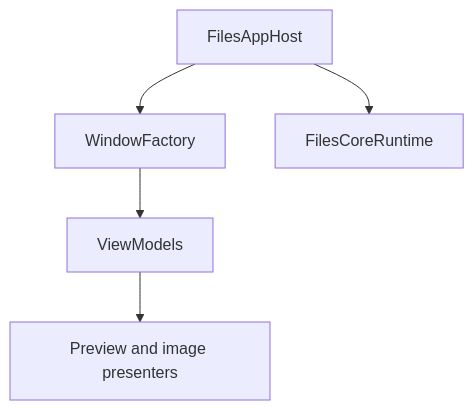
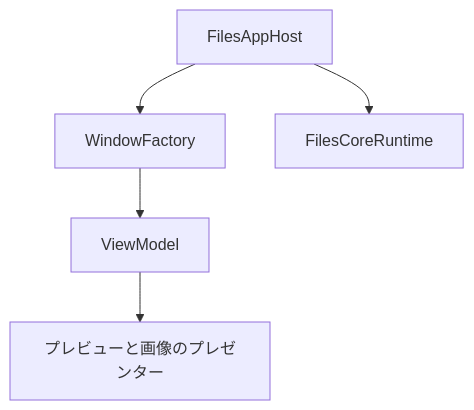
One commit to 0x5bfa/Files changed the eighth of 8 diagrams in docs/architecture/files-app.md. Above: the diagram before and after it, drawn with Mermaid. The commit also changed other lines of this file and 18 other files, not shown here.

Commit message:
Translate architecture docs to Japanese

````diff
--- a/docs/architecture/files-app.md
+++ b/docs/architecture/files-app.md
@@ -701,13 +635,13 @@
 ```mermaid
 flowchart TB
     Host["FilesAppHost"]
     Windows["WindowFactory"]
-    VMs["ViewModels"]
-    Presenters["Preview and image presenters"]
+    VMs["ViewModel"]
+    Presenters["プレビューと画像のプレゼンター"]
     Runtime["FilesCoreRuntime"]
 
     Host --> Windows
     Windows --> VMs
     VMs --> Presenters
     Host --> Runtime
 ```
````
